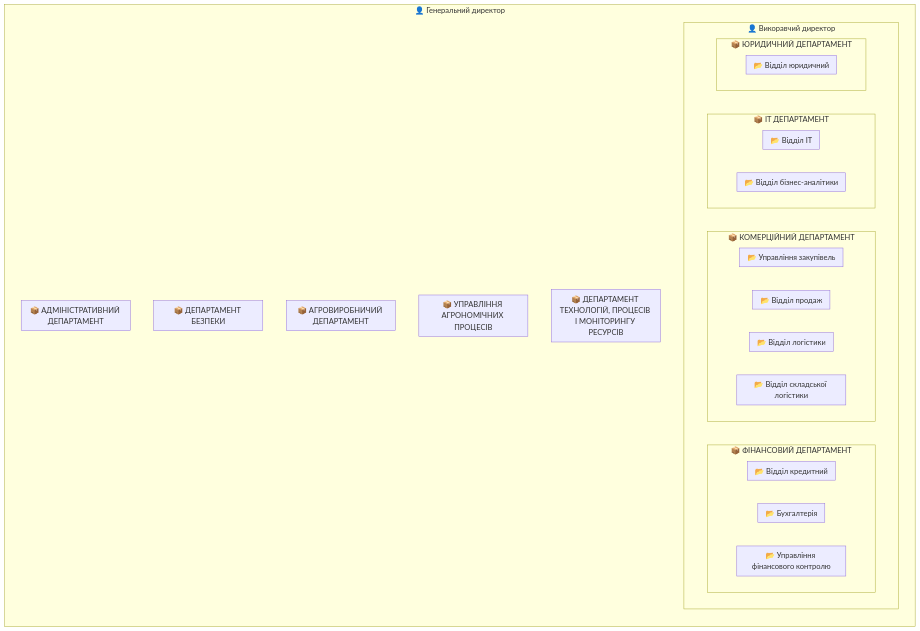
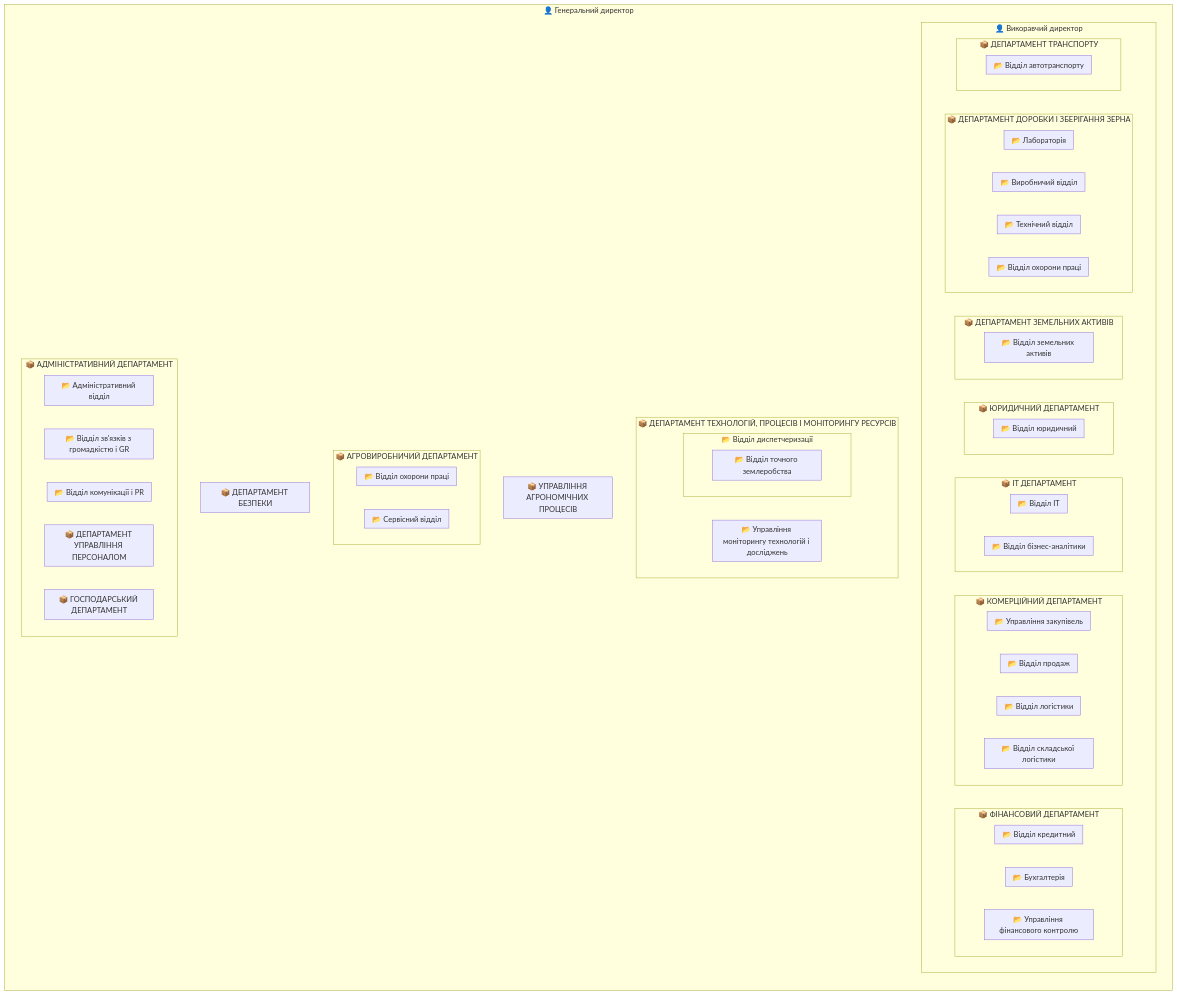
Before and after one commit to Zorin-Mykhailo/Kusto_OrgStructure: the diagram in Readme.md, drawn with Mermaid.

````diff
--- a/Readme.md
+++ b/Readme.md
@@ -210,10 +210,49 @@
             direction RL
           end
         end
+
+        subgraph "📦 ДЕПАРТАМЕНТ ЗЕМЕЛЬНИХ АКТИВІВ"
+          direction RL
+          subgraph "📂 Відділ земельних активів"
+            direction RL
+          end
+        end
+
+        subgraph "📦 ДЕПАРТАМЕНТ ДОРОБКИ І ЗБЕРІГАННЯ ЗЕРНА"
+          direction RL
+          subgraph "📂 Відділ охорони праці"
+            direction RL
+          end
+          subgraph "📂 Технічний відділ"
+            direction RL
+          end
+          subgraph "📂 Виробничий відділ"
+            direction RL
+          end
+          subgraph "📂 Лабораторія"
+            direction RL
+          end
+        end
+
+        subgraph "📦 ДЕПАРТАМЕНТ ТРАНСПОРТУ"
+          direction RL
+          subgraph "📂 Відділ автотранспорту"
+            direction RL
+          end
+        end
     end
 
     subgraph "📦 ДЕПАРТАМЕНТ ТЕХНОЛОГІЙ, ПРОЦЕСІВ І МОНІТОРИНГУ РЕСУРСІВ"
         direction RL
+        subgraph "📂 Управління моніторингу технологій і досліджень"
+          direction RL
+        end
+        subgraph "📂 Відділ диспетчеризації"
+          direction RL
+          subgraph "📂 Відділ точного землеробства"
+            direction RL
+          end
+        end
     end
 
     subgraph "📦 УПРАВЛІННЯ АГРОНОМІЧНИХ ПРОЦЕСІВ"
@@ -222,6 +261,12 @@
 
     subgraph "📦 АГРОВИРОБНИЧИЙ ДЕПАРТАМЕНТ"
         direction RL
+        subgraph "📂 Сервісний відділ"
+          direction RL
+        end
+        subgraph "📂 Відділ охорони праці"
+          direction RL
+        end
     end
 
     subgraph "📦 ДЕПАРТАМЕНТ БЕЗПЕКИ"
@@ -230,6 +275,21 @@
 
     subgraph "📦 АДМІНІСТРАТИВНИЙ ДЕПАРТАМЕНТ"
         direction RL
+        subgraph "📦 ГОСПОДАРСЬКИЙ ДЕПАРТАМЕНТ"
+            direction RL
+        end
+        subgraph "📦 ДЕПАРТАМЕНТ УПРАВЛІННЯ ПЕРСОНАЛОМ"
+            direction RL
+        end
+        subgraph "📂 Відділ комунікації і PR"
+          direction RL
+        end
+        subgraph "📂 Відділ зв'язків з громадкістю і GR"
+          direction RL
+        end
+        subgraph "📂 Адміністративний відділ"
+          direction RL
+        end
     end
-  end  
-```          
+  end
+```      
````
